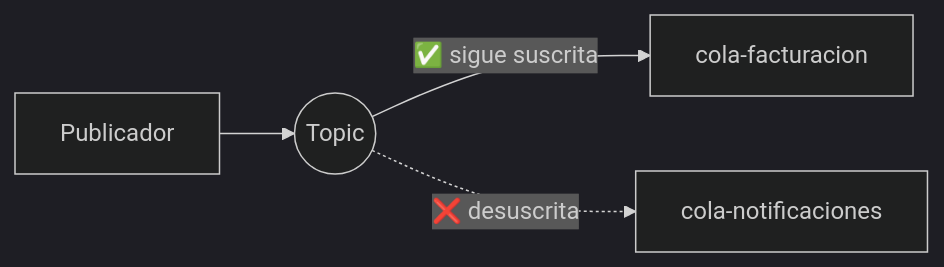
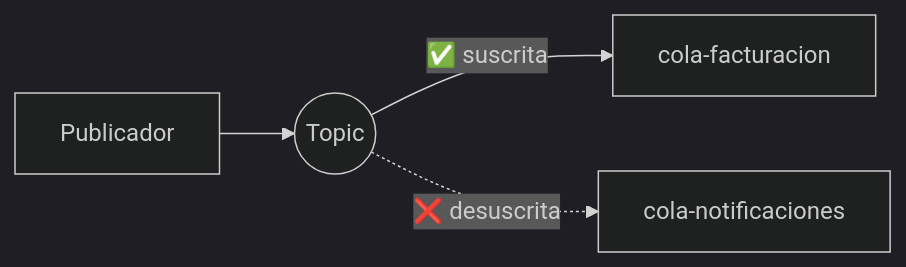
The third of 3 diagrams in README.md (pupialesjose/FLOCI5-SNS), drawn with Mermaid (dark theme) before and after one commit. The commit also changed other lines of this file, not shown here.

````diff
--- a/README.md
+++ b/README.md
@@ -424,6 +446,6 @@
 ```mermaid
 flowchart LR
     P["Publicador"] --> T(("Topic"))
-    T -->|"✅ sigue suscrita"| Q1["cola-facturacion"]
+    T -->|"✅ suscrita"| Q1["cola-facturacion"]
     T -.->|"❌ desuscrita"| Q2["cola-notificaciones"]
 ```
````
